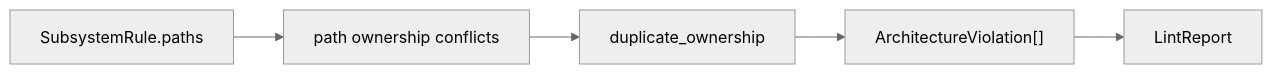
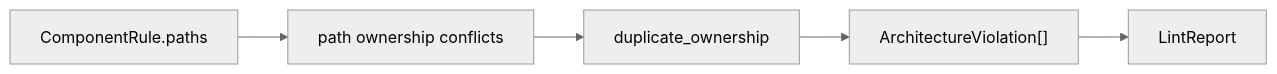
The fourth of 9 diagrams in docs/ARCHITECTURE_SNAPSHOT.md (RoyalPineapple/BumperBowling), drawn with Mermaid (neutral theme) before and after one commit. The commit also changed other lines of this file and 41 other files, not shown here.

````diff
--- a/docs/ARCHITECTURE_SNAPSHOT.md
+++ b/docs/ARCHITECTURE_SNAPSHOT.md
@@ -60,7 +60,7 @@
 ```mermaid
 flowchart LR
-    Paths["SubsystemRule.paths"] --> Ownership["path ownership conflicts"]
+    Paths["ComponentRule.paths"] --> Ownership["path ownership conflicts"]
     Ownership --> DuplicateOwnership["duplicate_ownership"]
     DuplicateOwnership --> Findings["ArchitectureViolation[]"]
     Findings --> Report["LintReport"]
 ```
````
